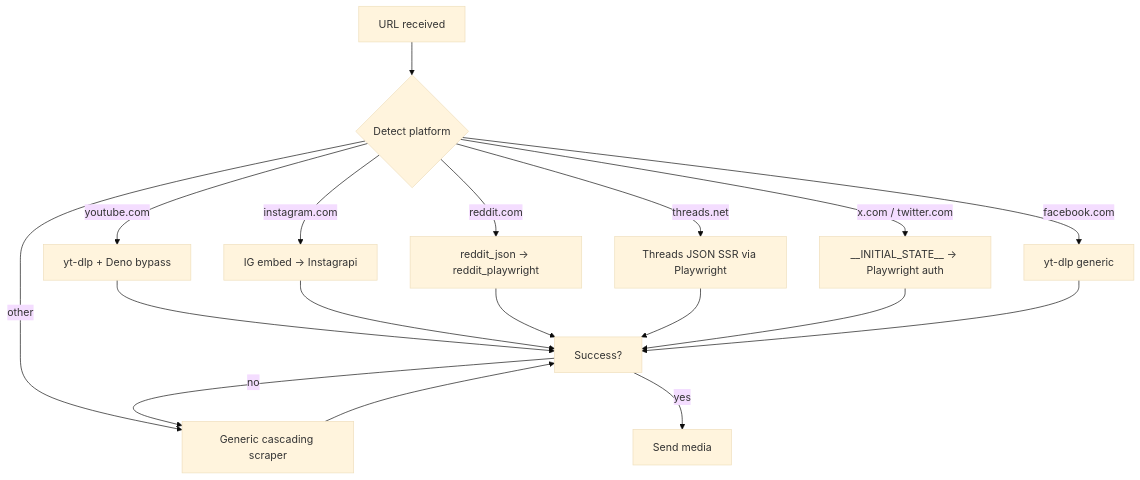
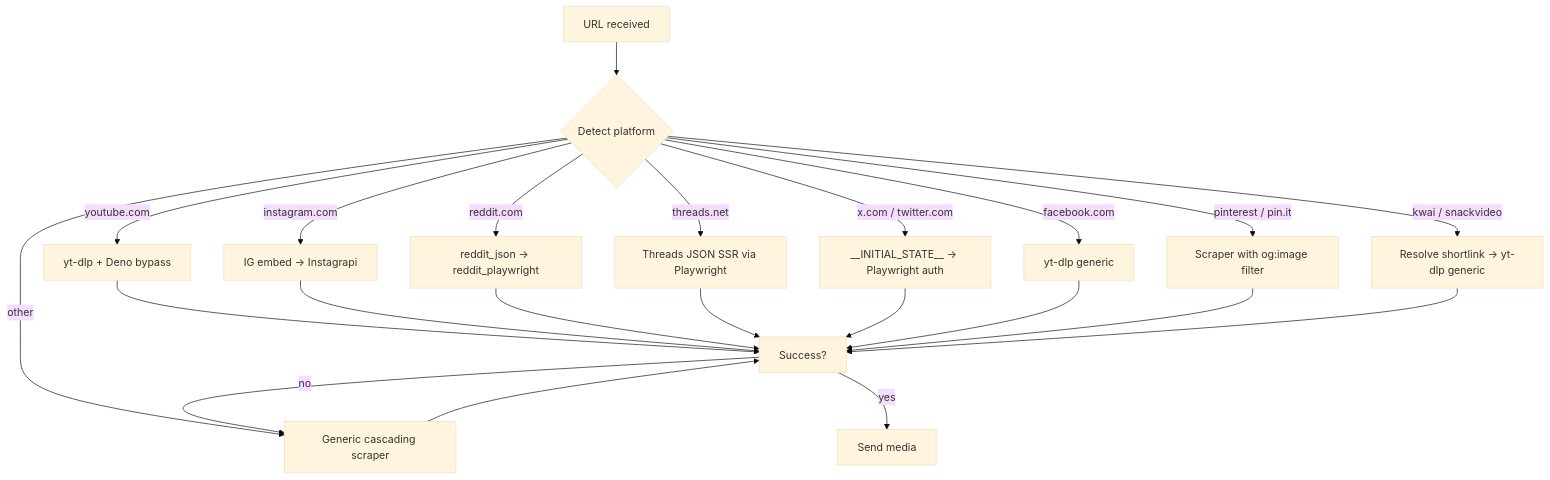
One commit to lordaztur/mediaraven changed the diagram in docs/en/platforms/index.md. Above: the diagram before and after it, drawn with Mermaid (base theme). The commit also changed other lines of this file and 10 other files, not shown here.

````diff
--- a/docs/en/platforms/index.md
+++ b/docs/en/platforms/index.md
@@ -7,20 +7,24 @@
 ```mermaid
 flowchart TD
     A[URL received] --> B{Detect platform}
     B -->|youtube.com| YT[yt-dlp + Deno bypass]
     B -->|instagram.com| IG[IG embed → Instagrapi]
     B -->|reddit.com| RD[reddit_json → reddit_playwright]
     B -->|threads.net| TH[Threads JSON SSR via Playwright]
     B -->|x.com / twitter.com| X[__INITIAL_STATE__ → Playwright auth]
     B -->|facebook.com| FB[yt-dlp generic]
+    B -->|pinterest / pin.it| PIN[Scraper with og:image filter]
+    B -->|kwai / snackvideo| KW[Resolve shortlink → yt-dlp generic]
     B -->|other| SC[Generic cascading scraper]
     YT --> S[Success?]
     IG --> S
     RD --> S
     TH --> S
     X --> S
     FB --> S
+    PIN --> S
+    KW --> S
     SC --> S
     S -->|no| SC
     S -->|yes| OK[Send media]
 ```
````
